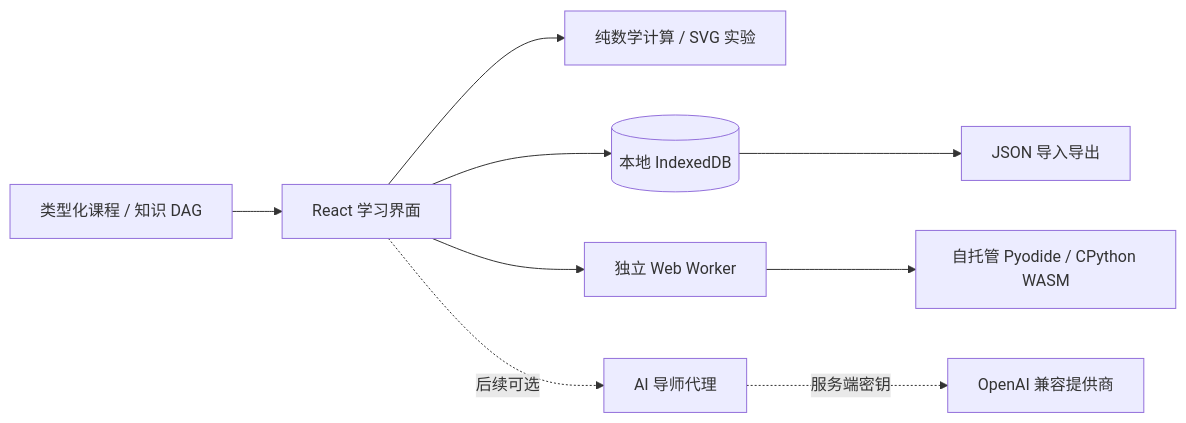
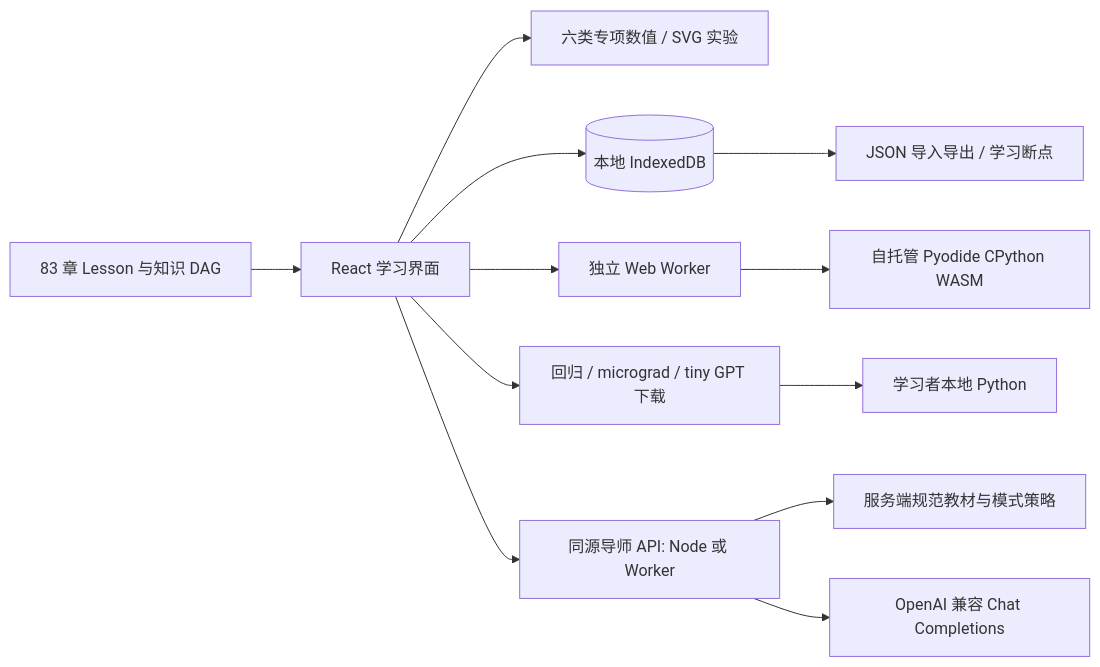
Before and after one commit to Thweki/from-zero-to-gpt: the diagram in docs/ARCHITECTURE.md, drawn with Mermaid. The commit also changed other lines of this file and 85 other files, not shown here.

````diff
--- a/docs/ARCHITECTURE.md
+++ b/docs/ARCHITECTURE.md
@@ -11,11 +9,14 @@
 ```mermaid
 flowchart LR
-  C[类型化课程 / 知识 DAG] --> UI[React 学习界面]
-  UI --> M[纯数学计算 / SVG 实验]
+  CONTENT[83 章 Lesson 与知识 DAG] --> UI[React 学习界面]
+  UI --> LAB[六类专项数值 / SVG 实验]
   UI --> DB[(本地 IndexedDB)]
-  DB --> EXPORT[JSON 导入导出]
-  UI --> WORKER[独立 Web Worker]
-  WORKER --> PY[自托管 Pyodide / CPython WASM]
-  UI -. 后续可选 .-> API[AI 导师代理]
-  API -. 服务端密钥 .-> MODEL[OpenAI 兼容提供商]
+  DB --> BACKUP[JSON 导入导出 / 学习断点]
+  UI --> PYWORKER[独立 Web Worker]
+  PYWORKER --> PY[自托管 Pyodide CPython WASM]
+  UI --> ZIP[回归 / micrograd / tiny GPT 下载]
+  ZIP --> LOCAL[学习者本地 Python]
+  UI --> PROXY[同源导师 API: Node 或 Worker]
+  PROXY --> CANONICAL[服务端规范教材与模式策略]
+  PROXY --> MODEL[OpenAI 兼容 Chat Completions]
 ```
````
